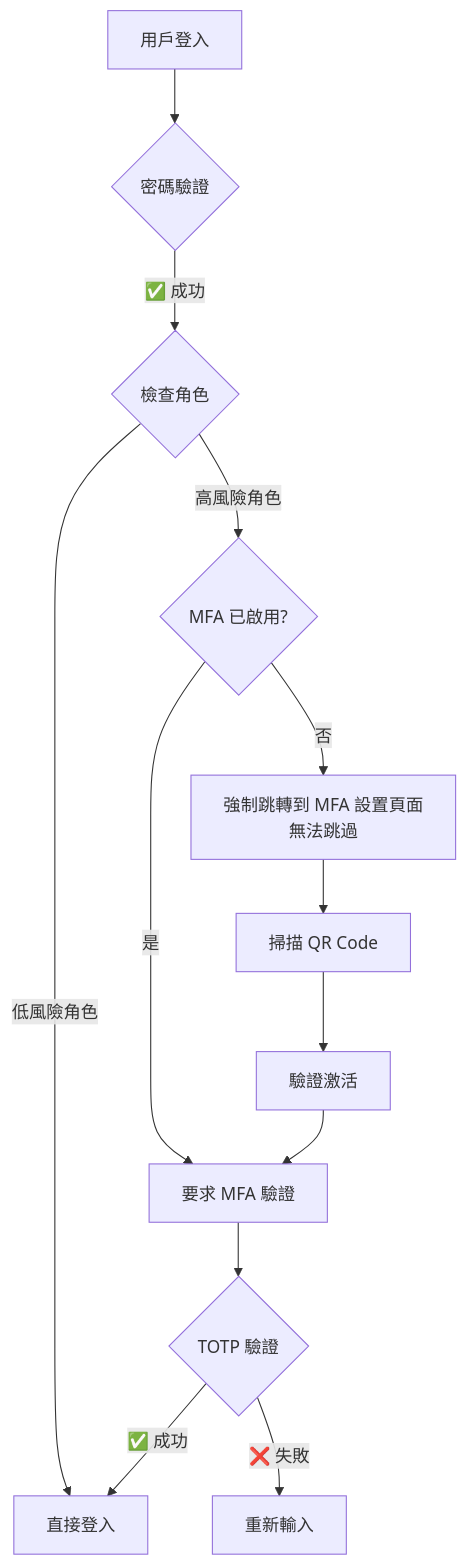
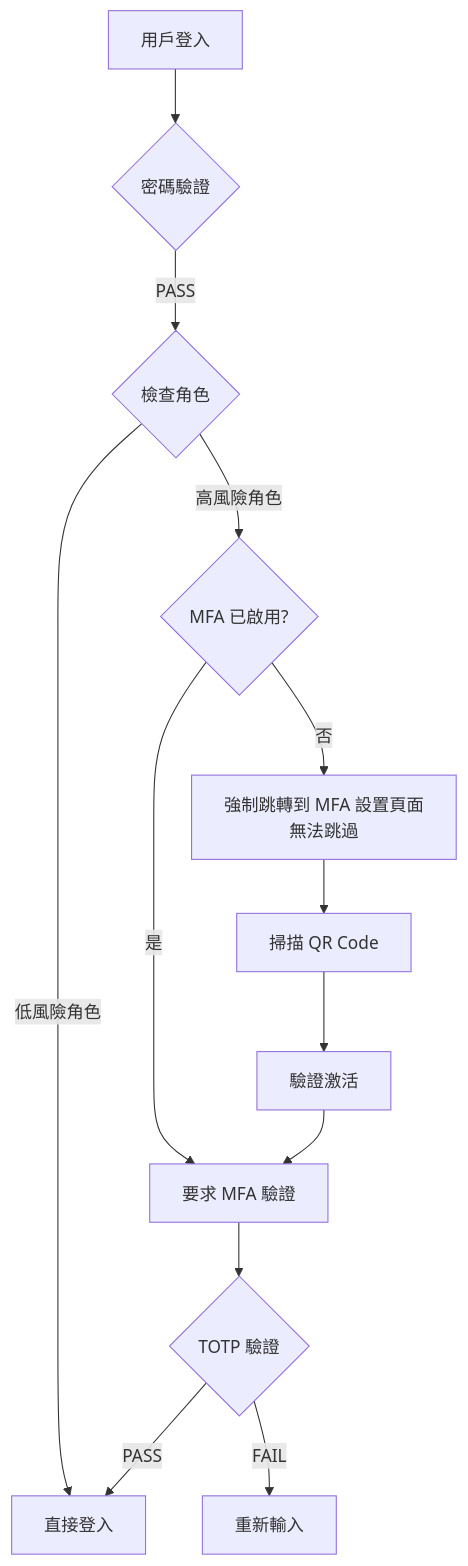
Before and after one commit to ron03wlb/smart-admin: the eighth of 9 diagrams in docs/iGaming/05_Platform_Governance/05-06_MFA_Implementation.md, drawn with Mermaid. The commit also changed other lines of this file and 12 other files, not shown here.

Commit message:
docs(iGaming): update risk control, architecture docs and add validation scripts

````diff
--- a/docs/iGaming/05_Platform_Governance/05-06_MFA_Implementation.md
+++ b/docs/iGaming/05_Platform_Governance/05-06_MFA_Implementation.md
@@ -1752,19 +1752,19 @@
 ```mermaid
 graph TD
     A[用戶登入] --> B{密碼驗證}
-    B -->|✅ 成功| C{檢查角色}
+    B -->|PASS| C{檢查角色}
 
     C -->|高風險角色| D{MFA 已啟用?}
     C -->|低風險角色| G[直接登入]
 
     D -->|是| E[要求 MFA 驗證]
     D -->|否| F[強制跳轉到 MFA 設置頁面<br/>無法跳過]
 
     F --> H[掃描 QR Code]
     H --> I[驗證激活]
     I --> E
 
     E --> J{TOTP 驗證}
-    J -->|✅ 成功| G
-    J -->|❌ 失敗| K[重新輸入]
+    J -->|PASS| G
+    J -->|FAIL| K[重新輸入]
 ```
````
